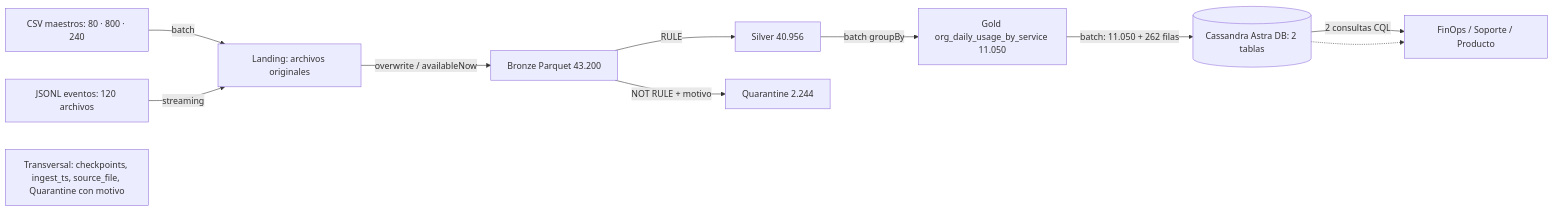
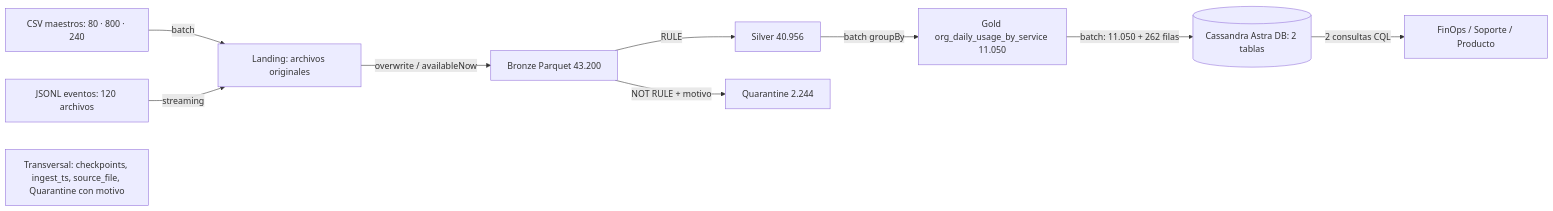
Before and after one commit to leadministrador/mineria-datos-ii-proyecto-integrador: the diagram in docs/DISENO.md, drawn with Mermaid.

Commit message:
Diagrama sin flecha repetida

````diff
--- a/docs/DISENO.md
+++ b/docs/DISENO.md
@@ -56,13 +56,14 @@
 ```mermaid
 flowchart LR
   A[CSV maestros: 80 · 800 · 240] -->|batch| L[Landing: archivos originales]
   B[JSONL eventos: 120 archivos] -->|streaming| L
   L -->|overwrite / availableNow| BR[Bronze Parquet 43.200]
   BR -->|RULE| S[Silver 40.956]
   BR -->|NOT RULE + motivo| Q[Quarantine 2.244]
   S -->|batch groupBy| G[Gold org_daily_usage_by_service 11.050]
   G -->|batch: 11.050 + 262 filas| C[(Cassandra Astra DB: 2 tablas)]
   C -->|2 consultas CQL| U[FinOps / Soporte / Producto]
-  C -.-> U[FinOps / Soporte / Producto]
+
+
   T[Transversal: checkpoints, ingest_ts, source_file, Quarantine con motivo]
 ```
````
